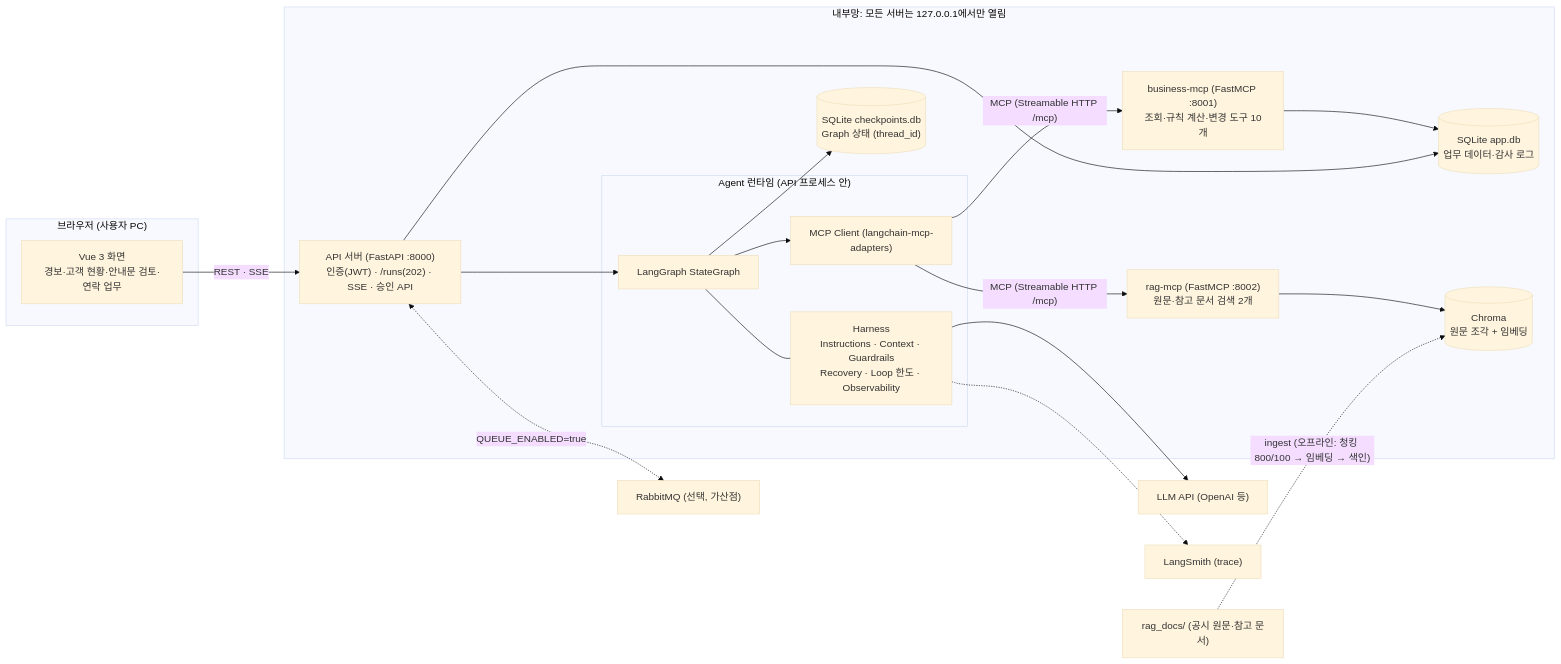
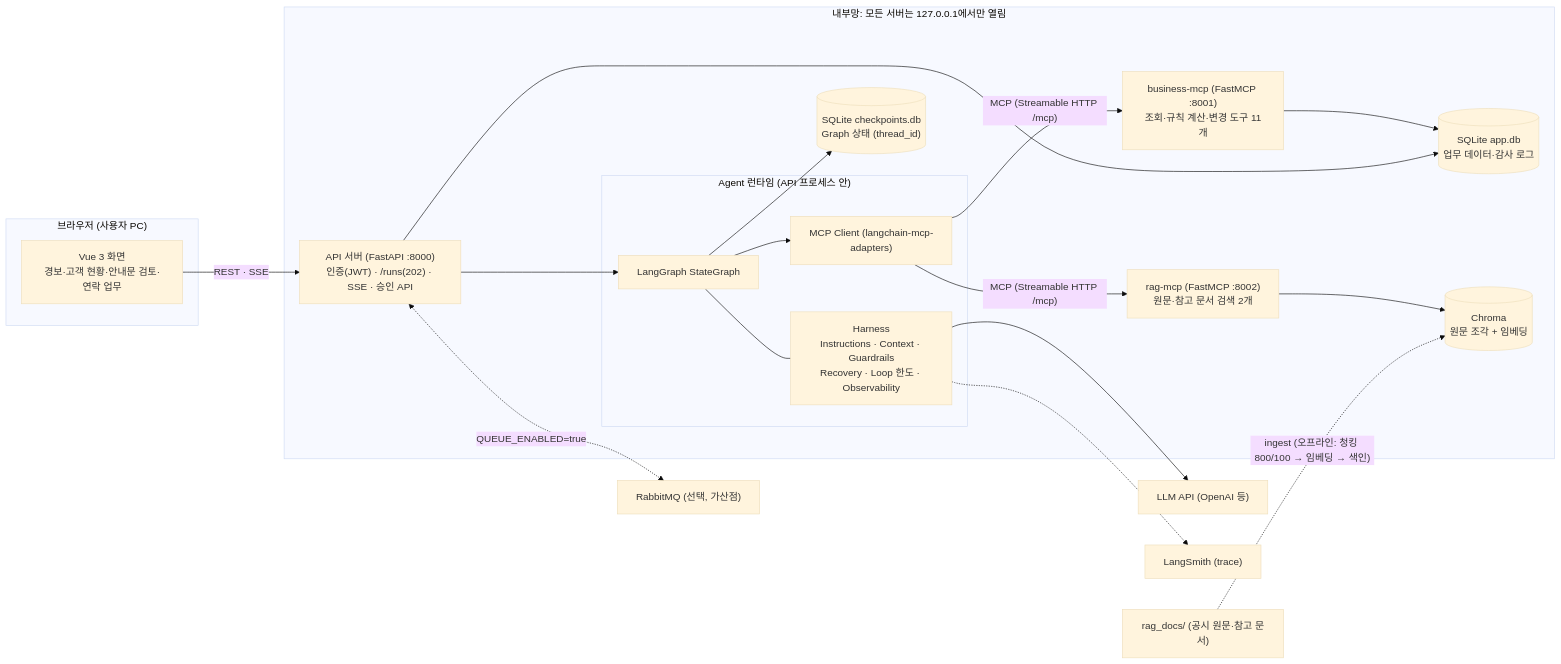
One commit to xxion30/disclosure-early-warning-agent changed the first of 4 diagrams in docs/architecture.md. Above: the diagram before and after it, drawn with Mermaid (base theme). The commit also changed other lines of this file and 2 other files, not shown here.

Commit message:
docs: 도구 개수 표기를 현재 구성(business 11·rag 3, 변경 도구 5)에 맞춤

````diff
--- a/docs/architecture.md
+++ b/docs/architecture.md
@@ -24,40 +24,40 @@
 ```mermaid
 flowchart LR
   subgraph Browser["브라우저 (사용자 PC)"]
     UI["Vue 3 화면<br/>경보·고객 현황·안내문 검토·연락 업무"]
   end
 
   subgraph Local["내부망: 모든 서버는 127.0.0.1에서만 열림"]
     API["API 서버 (FastAPI :8000)<br/>인증(JWT) · /runs(202) · SSE · 승인 API"]
     subgraph Agent["Agent 런타임 (API 프로세스 안)"]
       G["LangGraph StateGraph"]
       H["Harness<br/>Instructions · Context · Guardrails<br/>Recovery · Loop 한도 · Observability"]
       MC["MCP Client (langchain-mcp-adapters)"]
     end
-    BIZ["business-mcp (FastMCP :8001)<br/>조회·규칙 계산·변경 도구 10개"]
+    BIZ["business-mcp (FastMCP :8001)<br/>조회·규칙 계산·변경 도구 11개"]
     RAG["rag-mcp (FastMCP :8002)<br/>원문·참고 문서 검색 2개"]
     SQL[("SQLite app.db<br/>업무 데이터·감사 로그")]
     CKPT[("SQLite checkpoints.db<br/>Graph 상태 (thread_id)")]
     VDB[("Chroma<br/>원문 조각 + 임베딩")]
   end
 
   LLM["LLM API (OpenAI 등)"]
   LS["LangSmith (trace)"]
   MQ["RabbitMQ (선택, 가산점)"]
   DOCS["rag_docs/ (공시 원문·참고 문서)"]
 
   UI -- "REST · SSE" --> API
   API --> G
   G --- H
   G --> MC
   MC -- "MCP (Streamable HTTP /mcp)" --> BIZ
   MC -- "MCP (Streamable HTTP /mcp)" --> RAG
   BIZ --> SQL
   RAG --> VDB
   G --> CKPT
   H --> LLM
   H -.-> LS
   API <-. "QUEUE_ENABLED=true" .-> MQ
   DOCS -. "ingest (오프라인: 청킹 800/100 → 임베딩 → 색인)" .-> VDB
   API --> SQL
 ```
````
